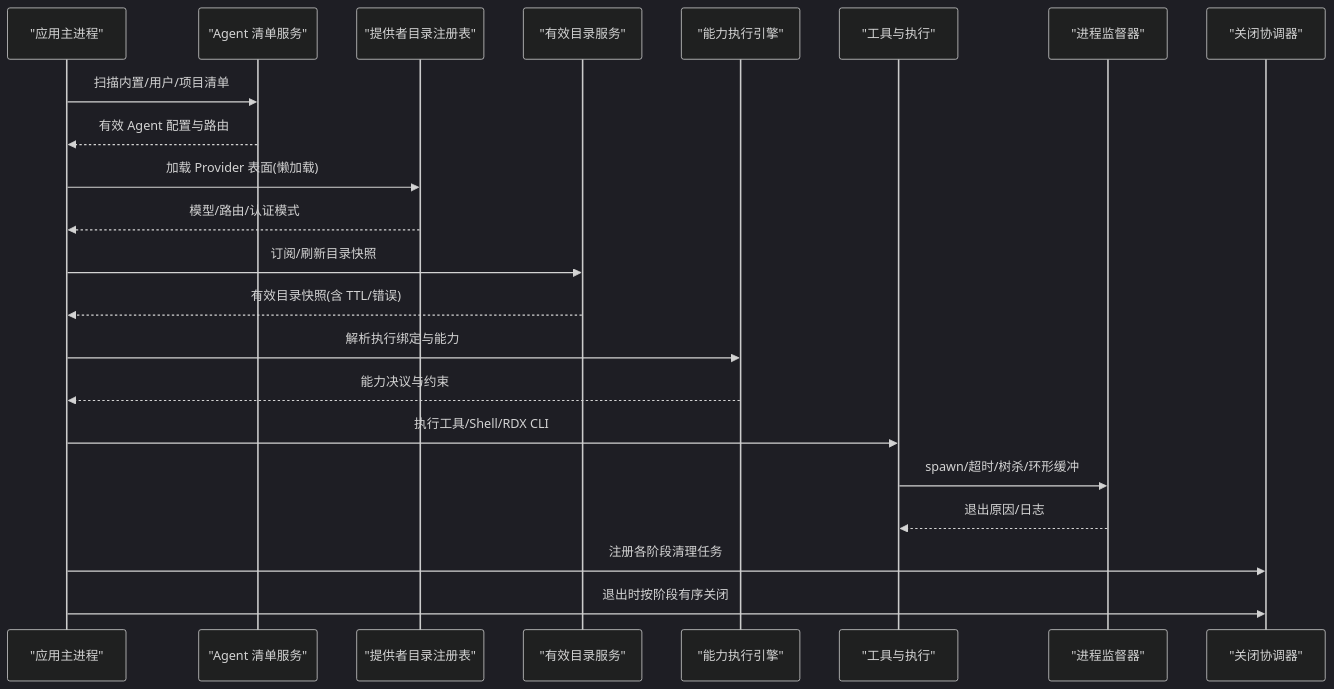
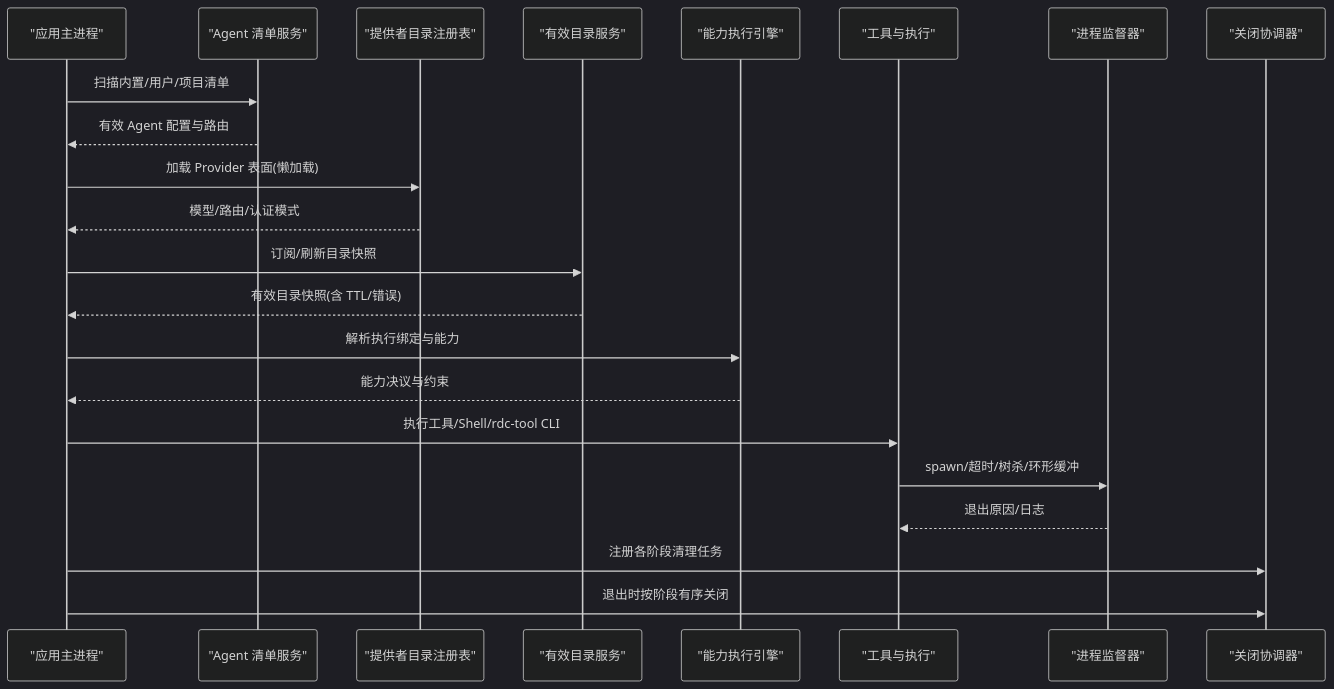
The second of 11 diagrams in .qoder/repowiki/zh/content/扩展开发/扩展生命周期管理.md (haolange/RDC-Agent), drawn with Mermaid (dark theme) before and after one commit. The commit also changed other lines of this file and 557 other files, not shown here.

First line of the commit message:
Unify RDC-Agent identity and canonical RDC-Tool integration

````diff
--- a/.qoder/repowiki/zh/content/扩展开发/扩展生命周期管理.md
+++ b/.qoder/repowiki/zh/content/扩展开发/扩展生命周期管理.md
@@ -126,24 +126,24 @@
 ```mermaid
 sequenceDiagram
 participant App as "应用主进程"
 participant AMS as "Agent 清单服务"
 participant PRC as "提供者目录注册表"
 participant ECS as "有效目录服务"
 participant Exec as "能力执行引擎"
 participant Tools as "工具与执行"
 participant PS as "进程监督器"
 participant SC as "关闭协调器"
 App->>AMS : 扫描内置/用户/项目清单
 AMS-->>App : 有效 Agent 配置与路由
 App->>PRC : 加载 Provider 表面(懒加载)
 PRC-->>App : 模型/路由/认证模式
 App->>ECS : 订阅/刷新目录快照
 ECS-->>App : 有效目录快照(含 TTL/错误)
 App->>Exec : 解析执行绑定与能力
 Exec-->>App : 能力决议与约束
-App->>Tools : 执行工具/Shell/RDX CLI
+App->>Tools : 执行工具/Shell/rdc-tool CLI
 Tools->>PS : spawn/超时/树杀/环形缓冲
 PS-->>Tools : 退出原因/日志
 App->>SC : 注册各阶段清理任务
 App->>SC : 退出时按阶段有序关闭
 ```
````
